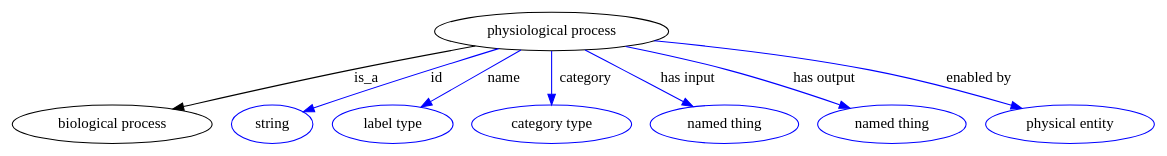
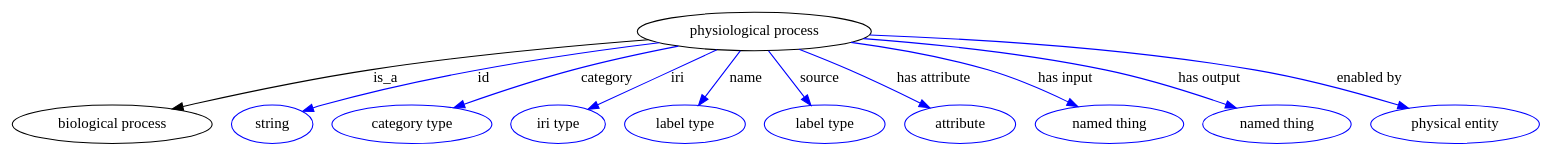
One commit to biolink/biolink-model changed the diagram in graphviz/physiological_process.gv. Above: the diagram before and after it, drawn with Graphviz. The commit also changed 463 other files, not shown here.

```diff
--- a/graphviz/physiological_process.gv
+++ b/graphviz/physiological_process.gv
@@ -1,74 +1,104 @@
 digraph {
-	graph [bb="0,0,872.14,123"];
+	graph [bb="0,0,1171.1,123"];
 	node [label="\N"];
 	"physiological process"	 [height=0.5,
 		label="physiological process",
-		pos="413.74,105",
+		pos="571.74,105",
 		width=2.4192];
 	"biological process"	 [height=0.5,
 		pos="74.743,18",
 		width=2.0762];
 	"physiological process" -> "biological process"	 [label=is_a,
-		lp="271.74,61.5",
-		pos="e,123.18,31.802 354.77,91.654 326.3,85.076 291.68,76.879 260.74,69 217.89,58.086 169.74,44.858 133.17,34.609"];
+		lp="285.74,61.5",
+		pos="e,122.45,32.015 491.27,98.081 431.28,92.237 347.49,82.626 274.74,69 226.2,59.908 171.96,45.824 132.22,34.759"];
 	id	 [color=blue,
 		height=0.5,
 		label=string,
 		pos="197.74,18",
 		width=0.84854];
 	"physiological process" -> id	 [color=blue,
 		label=id,
-		lp="325.24,61.5",
-		pos="e,222.2,29.234 371.55,89.126 335.75,75.499 283.12,55.091 237.74,36 235.69,35.136 233.58,34.235 231.46,33.316",
+		lp="361.24,61.5",
+		pos="e,221.55,29.63 498.74,95.134 430.16,84.653 325.28,65.479 237.74,36 235.49,35.241 233.19,34.4 230.89,33.507",
+		style=solid];
+	category	 [color=blue,
+		height=0.5,
+		label="category type",
+		pos="304.74,18",
+		width=1.6249];
+	"physiological process" -> category	 [color=blue,
+		label=category,
+		lp="458.24,61.5",
+		pos="e,338.83,32.638 513.98,91.416 489.37,85.218 460.46,77.392 434.74,69 405.55,59.473 373.41,46.885 348.39,36.6",
+		style=solid];
+	iri	 [color=blue,
+		height=0.5,
+		label="iri type",
+		pos="417.74,18",
+		width=1.011];
+	"physiological process" -> iri	 [color=blue,
+		label=iri,
+		lp="511.24,61.5",
+		pos="e,442.15,31.79 541.69,88.019 515.69,73.333 478.15,52.126 451.21,36.904",
 		style=solid];
 	name	 [color=blue,
 		height=0.5,
 		label="label type",
-		pos="291.74,18",
+		pos="517.74,18",
 		width=1.2638];
 	"physiological process" -> name	 [color=blue,
 		label=name,
-		lp="376.24,61.5",
-		pos="e,314.04,33.902 389.35,87.603 370.04,73.831 342.95,54.52 322.22,39.731",
+		lp="564.24,61.5",
+		pos="e,528.73,35.706 560.55,86.974 552.9,74.644 542.63,58.098 534.07,44.302",
 		style=solid];
-	category	 [color=blue,
+	source	 [color=blue,
 		height=0.5,
-		label="category type",
-		pos="413.74,18",
-		width=1.6249];
-	"physiological process" -> category	 [color=blue,
-		label=category,
-		lp="437.24,61.5",
-		pos="e,413.74,36.003 413.74,86.974 413.74,75.192 413.74,59.561 413.74,46.158",
+		label="label type",
+		pos="626.74,18",
+		width=1.2638];
+	"physiological process" -> source	 [color=blue,
+		label=source,
+		lp="620.74,61.5",
+		pos="e,615.55,35.706 583.14,86.974 590.93,74.644 601.39,58.098 610.12,44.302",
+		style=solid];
+	"has attribute"	 [color=blue,
+		height=0.5,
+		label=attribute,
+		pos="730.74,18",
+		width=1.1193];
+	"physiological process" -> "has attribute"	 [color=blue,
+		label="has attribute",
+		lp="703.24,61.5",
+		pos="e,706.67,32.439 605.53,88.352 617.38,82.389 630.72,75.527 642.74,69 661.21,58.979 681.51,47.258 697.96,37.581",
 		style=solid];
 	"has input"	 [color=blue,
 		height=0.5,
 		label="named thing",
-		pos="545.74,18",
+		pos="844.74,18",
 		width=1.5346];
 	"physiological process" -> "has input"	 [color=blue,
 		label="has input",
-		lp="512.74,61.5",
-		pos="e,521.06,34.27 439.82,87.812 460.65,74.084 489.97,54.758 512.49,39.919",
+		lp="801.74,61.5",
+		pos="e,817.3,33.782 641.45,94.142 672.35,88.316 708.85,80.029 740.74,69 764.04,60.944 788.87,48.909 808.43,38.553",
 		style=solid];
 	"has output"	 [color=blue,
 		height=0.5,
 		label="named thing",
-		pos="673.74,18",
+		pos="972.74,18",
 		width=1.5346];
 	"physiological process" -> "has output"	 [color=blue,
 		label="has output",
-		lp="611.24,61.5",
-		pos="e,639.6,32.214 468.27,90.885 491.12,84.656 517.87,76.949 541.74,69 571.61,59.055 604.65,46.289 630.2,36.017",
+		lp="907.24,61.5",
+		pos="e,938.92,32.39 652.48,98.114 703.99,92.659 771.9,83.492 830.74,69 864.64,60.651 901.74,47.172 929.51,36.167",
 		style=solid];
 	"enabled by"	 [color=blue,
 		height=0.5,
 		label="physical entity",
-		pos="809.74,18",
+		pos="1108.7,18",
 		width=1.7332];
 	"physiological process" -> "enabled by"	 [color=blue,
 		label="enabled by",
-		lp="729.74,61.5",
-		pos="e,769.93,31.99 489.1,95.968 534.26,89.872 592.64,80.785 643.74,69 683.41,59.851 727.42,46.164 760.15,35.272",
+		lp="1026.7,61.5",
+		pos="e,1069.7,32.169 657.21,101.38 732.24,97.076 844.02,87.935 939.74,69 981.06,60.826 1026.7,46.73 1060.2,35.426",
 		style=solid];
 }
```
